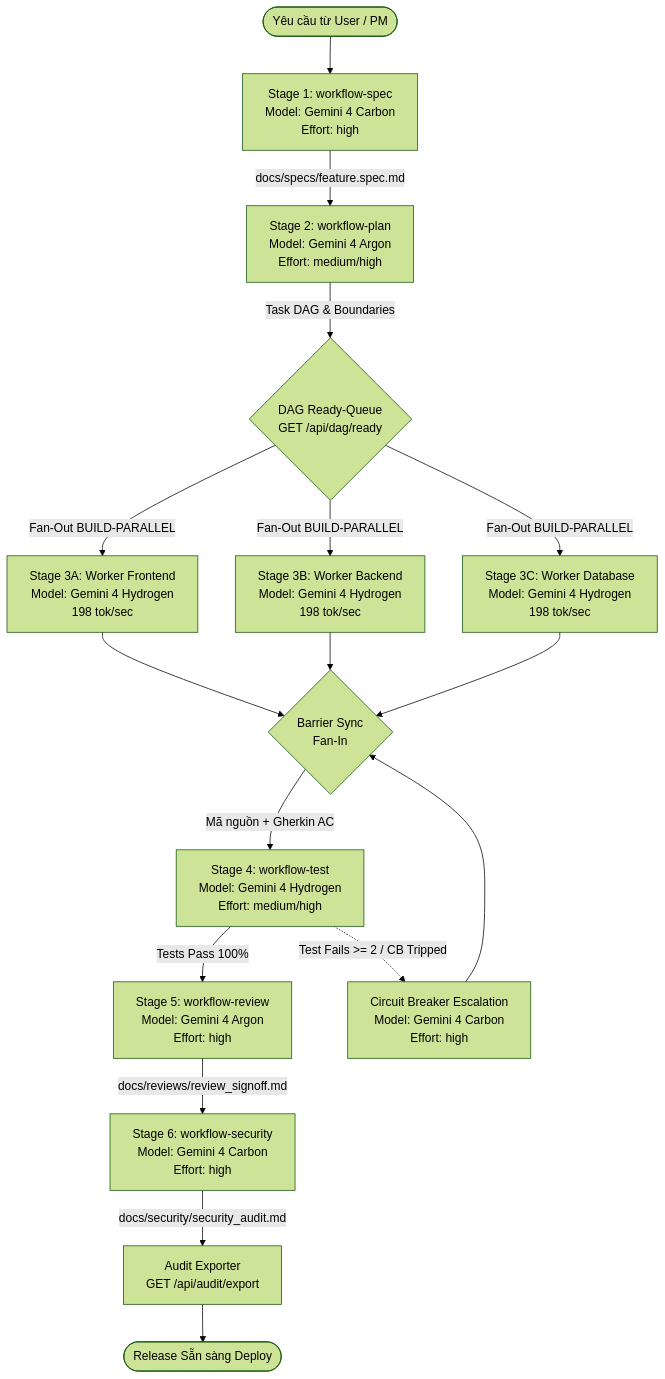
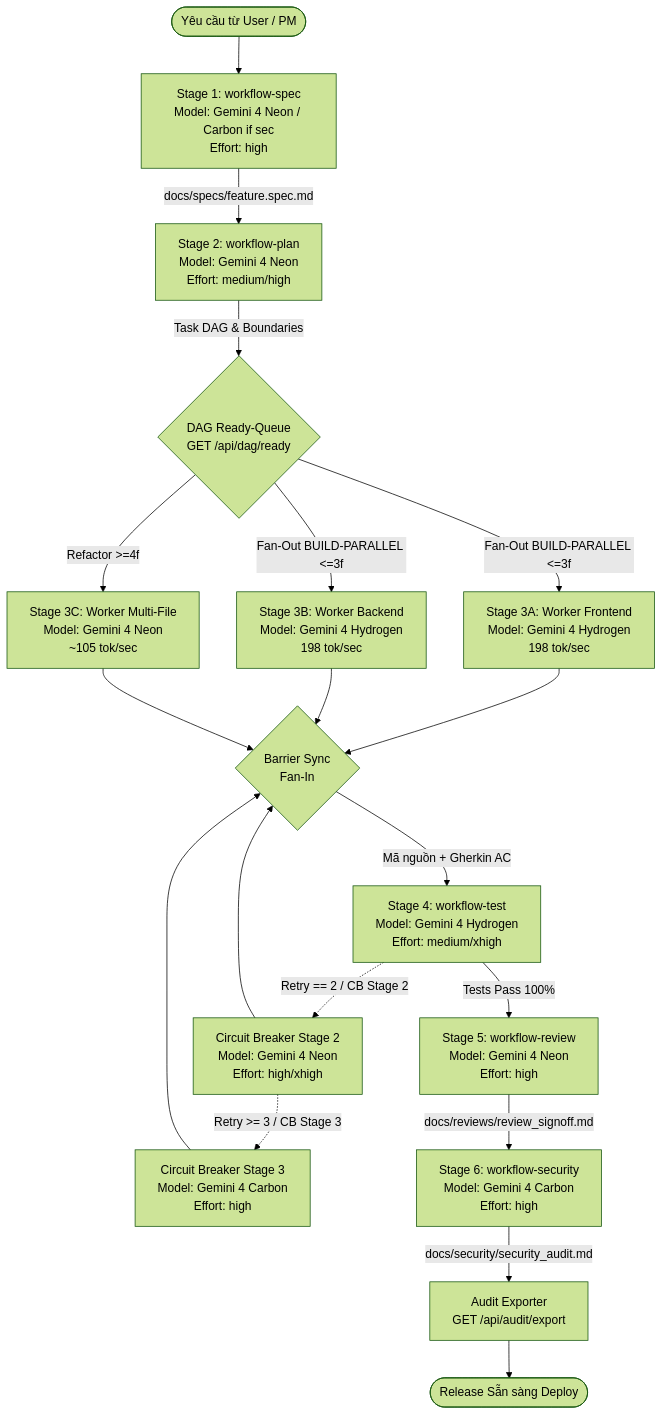
Before and after one commit to chien334/antigravity-orchestrator: the diagram in docs/WORKFLOW_GUIDE.md, drawn with Mermaid (forest theme). The commit also changed other lines of this file and 2 other files, not shown here.

Commit message:
docs: document Gemini 4 Neon SWE fleet optimization, pricing, and 3-stage circuit breaker

````diff
--- a/docs/WORKFLOW_GUIDE.md
+++ b/docs/WORKFLOW_GUIDE.md
@@ -28,25 +28,27 @@
 ```mermaid
 flowchart TD
-    Req([Yêu cầu từ User / PM]) --> S1[Stage 1: workflow-spec\nModel: Gemini 4 Carbon\nEffort: high]
-    S1 -->|docs/specs/feature.spec.md| S2[Stage 2: workflow-plan\nModel: Gemini 4 Argon\nEffort: medium/high]
+    Req([Yêu cầu từ User / PM]) --> S1[Stage 1: workflow-spec\nModel: Gemini 4 Neon / Carbon if sec\nEffort: high]
+    S1 -->|docs/specs/feature.spec.md| S2[Stage 2: workflow-plan\nModel: Gemini 4 Neon\nEffort: medium/high]
     
     S2 -->|Task DAG & Boundaries| Ready{DAG Ready-Queue\nGET /api/dag/ready}
     
-    Ready -->|Fan-Out BUILD-PARALLEL| S3A[Stage 3A: Worker Frontend\nModel: Gemini 4 Hydrogen\n198 tok/sec]
-    Ready -->|Fan-Out BUILD-PARALLEL| S3B[Stage 3B: Worker Backend\nModel: Gemini 4 Hydrogen\n198 tok/sec]
-    Ready -->|Fan-Out BUILD-PARALLEL| S3C[Stage 3C: Worker Database\nModel: Gemini 4 Hydrogen\n198 tok/sec]
+    Ready -->|Fan-Out BUILD-PARALLEL <=3f| S3A[Stage 3A: Worker Frontend\nModel: Gemini 4 Hydrogen\n198 tok/sec]
+    Ready -->|Fan-Out BUILD-PARALLEL <=3f| S3B[Stage 3B: Worker Backend\nModel: Gemini 4 Hydrogen\n198 tok/sec]
+    Ready -->|Refactor >=4f| S3C[Stage 3C: Worker Multi-File\nModel: Gemini 4 Neon\n~105 tok/sec]
     
     S3A --> Sync{Barrier Sync\nFan-In}
     S3B --> Sync
     S3C --> Sync
     
-    Sync -->|Mã nguồn + Gherkin AC| S4[Stage 4: workflow-test\nModel: Gemini 4 Hydrogen\nEffort: medium/high]
+    Sync -->|Mã nguồn + Gherkin AC| S4[Stage 4: workflow-test\nModel: Gemini 4 Hydrogen\nEffort: medium/xhigh]
     
-    S4 -->|Tests Pass 100%| S5[Stage 5: workflow-review\nModel: Gemini 4 Argon\nEffort: high]
-    S4 -.->|Test Fails >= 2 / CB Tripped| SCB[Circuit Breaker Escalation\nModel: Gemini 4 Carbon\nEffort: high]
-    SCB --> Sync
+    S4 -->|Tests Pass 100%| S5[Stage 5: workflow-review\nModel: Gemini 4 Neon\nEffort: high]
+    S4 -.->|Retry == 2 / CB Stage 2| SCB2[Circuit Breaker Stage 2\nModel: Gemini 4 Neon\nEffort: high/xhigh]
+    SCB2 -.->|Retry >= 3 / CB Stage 3| SCB3[Circuit Breaker Stage 3\nModel: Gemini 4 Carbon\nEffort: high]
+    SCB2 --> Sync
+    SCB3 --> Sync
 
     S5 -->|docs/reviews/review_signoff.md| S6[Stage 6: workflow-security\nModel: Gemini 4 Carbon\nEffort: high]
     S6 -->|docs/security/security_audit.md| Audit[Audit Exporter\nGET /api/audit/export]
     Audit --> Deploy([Release Sẵn sàng Deploy])
 ```
````
